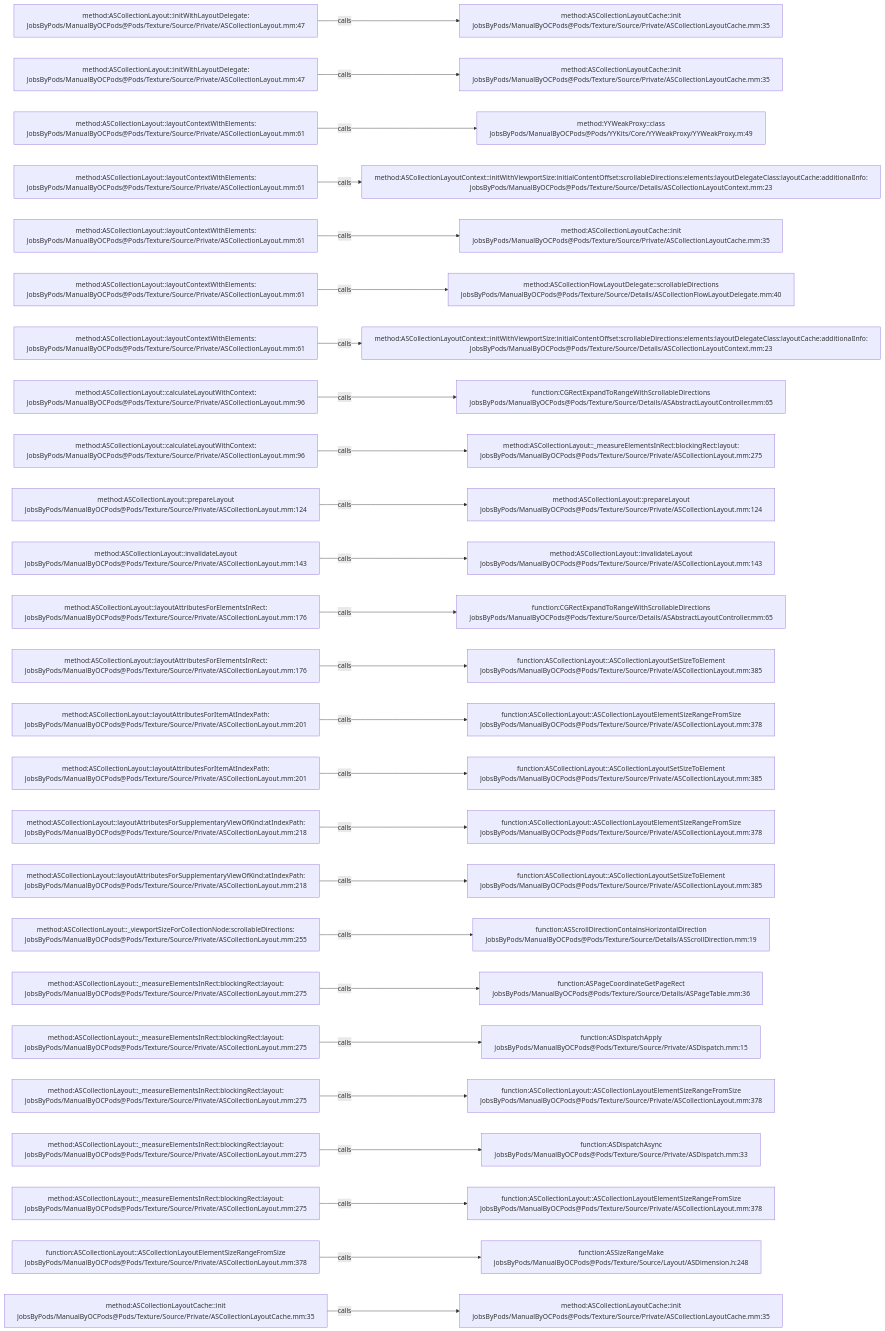
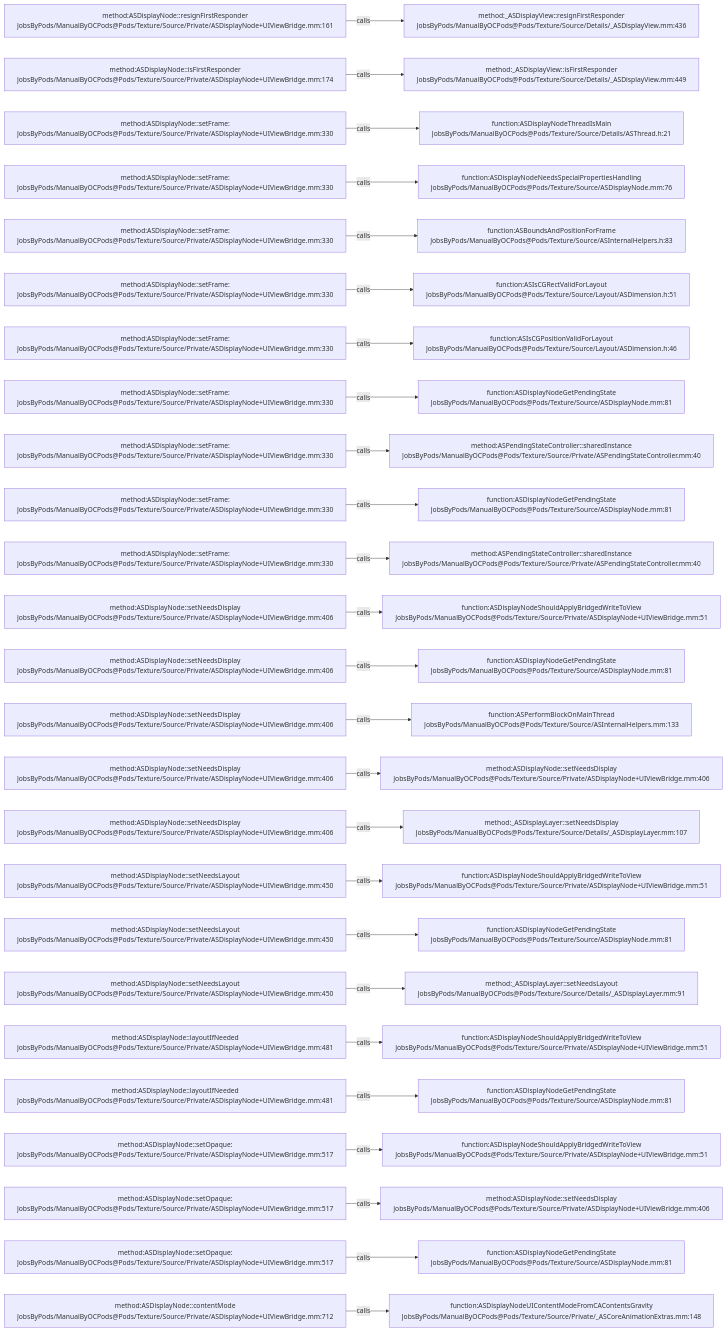
Before and after one commit to JobsKits/JobsOCBaseConfigDemo: the diagram in .codegraph/codegraph.md/graphs/calls-186.md, drawn with Mermaid. The commit also changed 1353 other files, not shown here.

````diff
--- a/.codegraph/codegraph.md/graphs/calls-186.md
+++ b/.codegraph/codegraph.md/graphs/calls-186.md
@@ -13,78 +13,78 @@
 ```mermaid
 flowchart LR
-  S1["method:ASCollectionLayout::initWithLayoutDelegate:<br/>JobsByPods/ManualByOCPods@Pods/Texture/Source/Private/ASCollectionLayout.mm:47"]
-  T1["method:ASCollectionLayoutCache::init<br/>JobsByPods/ManualByOCPods@Pods/Texture/Source/Private/ASCollectionLayoutCache.mm:35"]
+  S1["method:ASDisplayNode::resignFirstResponder<br/>JobsByPods/ManualByOCPods@Pods/Texture/Source/Private/ASDisplayNode+UIViewBridge.mm:161"]
+  T1["method:_ASDisplayView::resignFirstResponder<br/>JobsByPods/ManualByOCPods@Pods/Texture/Source/Details/_ASDisplayView.mm:436"]
   S1 -->|calls| T1
-  S2["method:ASCollectionLayout::initWithLayoutDelegate:<br/>JobsByPods/ManualByOCPods@Pods/Texture/Source/Private/ASCollectionLayout.mm:47"]
-  T2["method:ASCollectionLayoutCache::init<br/>JobsByPods/ManualByOCPods@Pods/Texture/Source/Private/ASCollectionLayoutCache.mm:35"]
+  S2["method:ASDisplayNode::isFirstResponder<br/>JobsByPods/ManualByOCPods@Pods/Texture/Source/Private/ASDisplayNode+UIViewBridge.mm:174"]
+  T2["method:_ASDisplayView::isFirstResponder<br/>JobsByPods/ManualByOCPods@Pods/Texture/Source/Details/_ASDisplayView.mm:449"]
   S2 -->|calls| T2
-  S3["method:ASCollectionLayout::layoutContextWithElements:<br/>JobsByPods/ManualByOCPods@Pods/Texture/Source/Private/ASCollectionLayout.mm:61"]
-  T3["method:YYWeakProxy::class<br/>JobsByPods/ManualByOCPods@Pods/YYKits/Core/YYWeakProxy/YYWeakProxy.m:49"]
+  S3["method:ASDisplayNode::setFrame:<br/>JobsByPods/ManualByOCPods@Pods/Texture/Source/Private/ASDisplayNode+UIViewBridge.mm:330"]
+  T3["function:ASDisplayNodeThreadIsMain<br/>JobsByPods/ManualByOCPods@Pods/Texture/Source/Details/ASThread.h:21"]
   S3 -->|calls| T3
-  S4["method:ASCollectionLayout::layoutContextWithElements:<br/>JobsByPods/ManualByOCPods@Pods/Texture/Source/Private/ASCollectionLayout.mm:61"]
-  T4["method:ASCollectionLayoutContext::initWithViewportSize:initialContentOffset:scrollableDirections:elements:layoutDelegateClass:layoutCache:additionalInfo:<br/>JobsByPods/ManualByOCPods@Pods/Texture/Source/Details/ASCollectionLayoutContext.mm:23"]
+  S4["method:ASDisplayNode::setFrame:<br/>JobsByPods/ManualByOCPods@Pods/Texture/Source/Private/ASDisplayNode+UIViewBridge.mm:330"]
+  T4["function:ASDisplayNodeNeedsSpecialPropertiesHandling<br/>JobsByPods/ManualByOCPods@Pods/Texture/Source/ASDisplayNode.mm:76"]
   S4 -->|calls| T4
-  S5["method:ASCollectionLayout::layoutContextWithElements:<br/>JobsByPods/ManualByOCPods@Pods/Texture/Source/Private/ASCollectionLayout.mm:61"]
-  T5["method:ASCollectionLayoutCache::init<br/>JobsByPods/ManualByOCPods@Pods/Texture/Source/Private/ASCollectionLayoutCache.mm:35"]
+  S5["method:ASDisplayNode::setFrame:<br/>JobsByPods/ManualByOCPods@Pods/Texture/Source/Private/ASDisplayNode+UIViewBridge.mm:330"]
+  T5["function:ASBoundsAndPositionForFrame<br/>JobsByPods/ManualByOCPods@Pods/Texture/Source/ASInternalHelpers.h:83"]
   S5 -->|calls| T5
-  S6["method:ASCollectionLayout::layoutContextWithElements:<br/>JobsByPods/ManualByOCPods@Pods/Texture/Source/Private/ASCollectionLayout.mm:61"]
-  T6["method:ASCollectionFlowLayoutDelegate::scrollableDirections<br/>JobsByPods/ManualByOCPods@Pods/Texture/Source/Details/ASCollectionFlowLayoutDelegate.mm:40"]
+  S6["method:ASDisplayNode::setFrame:<br/>JobsByPods/ManualByOCPods@Pods/Texture/Source/Private/ASDisplayNode+UIViewBridge.mm:330"]
+  T6["function:ASIsCGRectValidForLayout<br/>JobsByPods/ManualByOCPods@Pods/Texture/Source/Layout/ASDimension.h:51"]
   S6 -->|calls| T6
-  S7["method:ASCollectionLayout::layoutContextWithElements:<br/>JobsByPods/ManualByOCPods@Pods/Texture/Source/Private/ASCollectionLayout.mm:61"]
-  T7["method:ASCollectionLayoutContext::initWithViewportSize:initialContentOffset:scrollableDirections:elements:layoutDelegateClass:layoutCache:additionalInfo:<br/>JobsByPods/ManualByOCPods@Pods/Texture/Source/Details/ASCollectionLayoutContext.mm:23"]
+  S7["method:ASDisplayNode::setFrame:<br/>JobsByPods/ManualByOCPods@Pods/Texture/Source/Private/ASDisplayNode+UIViewBridge.mm:330"]
+  T7["function:ASIsCGPositionValidForLayout<br/>JobsByPods/ManualByOCPods@Pods/Texture/Source/Layout/ASDimension.h:46"]
   S7 -->|calls| T7
-  S8["method:ASCollectionLayout::calculateLayoutWithContext:<br/>JobsByPods/ManualByOCPods@Pods/Texture/Source/Private/ASCollectionLayout.mm:96"]
-  T8["function:CGRectExpandToRangeWithScrollableDirections<br/>JobsByPods/ManualByOCPods@Pods/Texture/Source/Details/ASAbstractLayoutController.mm:65"]
+  S8["method:ASDisplayNode::setFrame:<br/>JobsByPods/ManualByOCPods@Pods/Texture/Source/Private/ASDisplayNode+UIViewBridge.mm:330"]
+  T8["function:ASDisplayNodeGetPendingState<br/>JobsByPods/ManualByOCPods@Pods/Texture/Source/ASDisplayNode.mm:81"]
   S8 -->|calls| T8
-  S9["method:ASCollectionLayout::calculateLayoutWithContext:<br/>JobsByPods/ManualByOCPods@Pods/Texture/Source/Private/ASCollectionLayout.mm:96"]
-  T9["method:ASCollectionLayout::_measureElementsInRect:blockingRect:layout:<br/>JobsByPods/ManualByOCPods@Pods/Texture/Source/Private/ASCollectionLayout.mm:275"]
+  S9["method:ASDisplayNode::setFrame:<br/>JobsByPods/ManualByOCPods@Pods/Texture/Source/Private/ASDisplayNode+UIViewBridge.mm:330"]
+  T9["method:ASPendingStateController::sharedInstance<br/>JobsByPods/ManualByOCPods@Pods/Texture/Source/Private/ASPendingStateController.mm:40"]
   S9 -->|calls| T9
-  S10["method:ASCollectionLayout::prepareLayout<br/>JobsByPods/ManualByOCPods@Pods/Texture/Source/Private/ASCollectionLayout.mm:124"]
-  T10["method:ASCollectionLayout::prepareLayout<br/>JobsByPods/ManualByOCPods@Pods/Texture/Source/Private/ASCollectionLayout.mm:124"]
+  S10["method:ASDisplayNode::setFrame:<br/>JobsByPods/ManualByOCPods@Pods/Texture/Source/Private/ASDisplayNode+UIViewBridge.mm:330"]
+  T10["function:ASDisplayNodeGetPendingState<br/>JobsByPods/ManualByOCPods@Pods/Texture/Source/ASDisplayNode.mm:81"]
   S10 -->|calls| T10
-  S11["method:ASCollectionLayout::invalidateLayout<br/>JobsByPods/ManualByOCPods@Pods/Texture/Source/Private/ASCollectionLayout.mm:143"]
-  T11["method:ASCollectionLayout::invalidateLayout<br/>JobsByPods/ManualByOCPods@Pods/Texture/Source/Private/ASCollectionLayout.mm:143"]
+  S11["method:ASDisplayNode::setFrame:<br/>JobsByPods/ManualByOCPods@Pods/Texture/Source/Private/ASDisplayNode+UIViewBridge.mm:330"]
+  T11["method:ASPendingStateController::sharedInstance<br/>JobsByPods/ManualByOCPods@Pods/Texture/Source/Private/ASPendingStateController.mm:40"]
   S11 -->|calls| T11
-  S12["method:ASCollectionLayout::layoutAttributesForElementsInRect:<br/>JobsByPods/ManualByOCPods@Pods/Texture/Source/Private/ASCollectionLayout.mm:176"]
-  T12["function:CGRectExpandToRangeWithScrollableDirections<br/>JobsByPods/ManualByOCPods@Pods/Texture/Source/Details/ASAbstractLayoutController.mm:65"]
+  S12["method:ASDisplayNode::setNeedsDisplay<br/>JobsByPods/ManualByOCPods@Pods/Texture/Source/Private/ASDisplayNode+UIViewBridge.mm:406"]
+  T12["function:ASDisplayNodeShouldApplyBridgedWriteToView<br/>JobsByPods/ManualByOCPods@Pods/Texture/Source/Private/ASDisplayNode+UIViewBridge.mm:51"]
   S12 -->|calls| T12
-  S13["method:ASCollectionLayout::layoutAttributesForElementsInRect:<br/>JobsByPods/ManualByOCPods@Pods/Texture/Source/Private/ASCollectionLayout.mm:176"]
-  T13["function:ASCollectionLayout::ASCollectionLayoutSetSizeToElement<br/>JobsByPods/ManualByOCPods@Pods/Texture/Source/Private/ASCollectionLayout.mm:385"]
+  S13["method:ASDisplayNode::setNeedsDisplay<br/>JobsByPods/ManualByOCPods@Pods/Texture/Source/Private/ASDisplayNode+UIViewBridge.mm:406"]
+  T13["function:ASDisplayNodeGetPendingState<br/>JobsByPods/ManualByOCPods@Pods/Texture/Source/ASDisplayNode.mm:81"]
   S13 -->|calls| T13
-  S14["method:ASCollectionLayout::layoutAttributesForItemAtIndexPath:<br/>JobsByPods/ManualByOCPods@Pods/Texture/Source/Private/ASCollectionLayout.mm:201"]
-  T14["function:ASCollectionLayout::ASCollectionLayoutElementSizeRangeFromSize<br/>JobsByPods/ManualByOCPods@Pods/Texture/Source/Private/ASCollectionLayout.mm:378"]
+  S14["method:ASDisplayNode::setNeedsDisplay<br/>JobsByPods/ManualByOCPods@Pods/Texture/Source/Private/ASDisplayNode+UIViewBridge.mm:406"]
+  T14["function:ASPerformBlockOnMainThread<br/>JobsByPods/ManualByOCPods@Pods/Texture/Source/ASInternalHelpers.mm:133"]
   S14 -->|calls| T14
-  S15["method:ASCollectionLayout::layoutAttributesForItemAtIndexPath:<br/>JobsByPods/ManualByOCPods@Pods/Texture/Source/Private/ASCollectionLayout.mm:201"]
-  T15["function:ASCollectionLayout::ASCollectionLayoutSetSizeToElement<br/>JobsByPods/ManualByOCPods@Pods/Texture/Source/Private/ASCollectionLayout.mm:385"]
+  S15["method:ASDisplayNode::setNeedsDisplay<br/>JobsByPods/ManualByOCPods@Pods/Texture/Source/Private/ASDisplayNode+UIViewBridge.mm:406"]
+  T15["method:ASDisplayNode::setNeedsDisplay<br/>JobsByPods/ManualByOCPods@Pods/Texture/Source/Private/ASDisplayNode+UIViewBridge.mm:406"]
   S15 -->|calls| T15
-  S16["method:ASCollectionLayout::layoutAttributesForSupplementaryViewOfKind:atIndexPath:<br/>JobsByPods/ManualByOCPods@Pods/Texture/Source/Private/ASCollectionLayout.mm:218"]
-  T16["function:ASCollectionLayout::ASCollectionLayoutElementSizeRangeFromSize<br/>JobsByPods/ManualByOCPods@Pods/Texture/Source/Private/ASCollectionLayout.mm:378"]
+  S16["method:ASDisplayNode::setNeedsDisplay<br/>JobsByPods/ManualByOCPods@Pods/Texture/Source/Private/ASDisplayNode+UIViewBridge.mm:406"]
+  T16["method:_ASDisplayLayer::setNeedsDisplay<br/>JobsByPods/ManualByOCPods@Pods/Texture/Source/Details/_ASDisplayLayer.mm:107"]
   S16 -->|calls| T16
-  S17["method:ASCollectionLayout::layoutAttributesForSupplementaryViewOfKind:atIndexPath:<br/>JobsByPods/ManualByOCPods@Pods/Texture/Source/Private/ASCollectionLayout.mm:218"]
-  T17["function:ASCollectionLayout::ASCollectionLayoutSetSizeToElement<br/>JobsByPods/ManualByOCPods@Pods/Texture/Source/Private/ASCollectionLayout.mm:385"]
+  S17["method:ASDisplayNode::setNeedsLayout<br/>JobsByPods/ManualByOCPods@Pods/Texture/Source/Private/ASDisplayNode+UIViewBridge.mm:450"]
+  T17["function:ASDisplayNodeShouldApplyBridgedWriteToView<br/>JobsByPods/ManualByOCPods@Pods/Texture/Source/Private/ASDisplayNode+UIViewBridge.mm:51"]
   S17 -->|calls| T17
-  S18["method:ASCollectionLayout::_viewportSizeForCollectionNode:scrollableDirections:<br/>JobsByPods/ManualByOCPods@Pods/Texture/Source/Private/ASCollectionLayout.mm:255"]
-  T18["function:ASScrollDirectionContainsHorizontalDirection<br/>JobsByPods/ManualByOCPods@Pods/Texture/Source/Details/ASScrollDirection.mm:19"]
+  S18["method:ASDisplayNode::setNeedsLayout<br/>JobsByPods/ManualByOCPods@Pods/Texture/Source/Private/ASDisplayNode+UIViewBridge.mm:450"]
+  T18["function:ASDisplayNodeGetPendingState<br/>JobsByPods/ManualByOCPods@Pods/Texture/Source/ASDisplayNode.mm:81"]
   S18 -->|calls| T18
-  S19["method:ASCollectionLayout::_measureElementsInRect:blockingRect:layout:<br/>JobsByPods/ManualByOCPods@Pods/Texture/Source/Private/ASCollectionLayout.mm:275"]
-  T19["function:ASPageCoordinateGetPageRect<br/>JobsByPods/ManualByOCPods@Pods/Texture/Source/Details/ASPageTable.mm:36"]
+  S19["method:ASDisplayNode::setNeedsLayout<br/>JobsByPods/ManualByOCPods@Pods/Texture/Source/Private/ASDisplayNode+UIViewBridge.mm:450"]
+  T19["method:_ASDisplayLayer::setNeedsLayout<br/>JobsByPods/ManualByOCPods@Pods/Texture/Source/Details/_ASDisplayLayer.mm:91"]
   S19 -->|calls| T19
-  S20["method:ASCollectionLayout::_measureElementsInRect:blockingRect:layout:<br/>JobsByPods/ManualByOCPods@Pods/Texture/Source/Private/ASCollectionLayout.mm:275"]
-  T20["function:ASDispatchApply<br/>JobsByPods/ManualByOCPods@Pods/Texture/Source/Private/ASDispatch.mm:15"]
+  S20["method:ASDisplayNode::layoutIfNeeded<br/>JobsByPods/ManualByOCPods@Pods/Texture/Source/Private/ASDisplayNode+UIViewBridge.mm:481"]
+  T20["function:ASDisplayNodeShouldApplyBridgedWriteToView<br/>JobsByPods/ManualByOCPods@Pods/Texture/Source/Private/ASDisplayNode+UIViewBridge.mm:51"]
   S20 -->|calls| T20
-  S21["method:ASCollectionLayout::_measureElementsInRect:blockingRect:layout:<br/>JobsByPods/ManualByOCPods@Pods/Texture/Source/Private/ASCollectionLayout.mm:275"]
-  T21["function:ASCollectionLayout::ASCollectionLayoutElementSizeRangeFromSize<br/>JobsByPods/ManualByOCPods@Pods/Texture/Source/Private/ASCollectionLayout.mm:378"]
+  S21["method:ASDisplayNode::layoutIfNeeded<br/>JobsByPods/ManualByOCPods@Pods/Texture/Source/Private/ASDisplayNode+UIViewBridge.mm:481"]
+  T21["function:ASDisplayNodeGetPendingState<br/>JobsByPods/ManualByOCPods@Pods/Texture/Source/ASDisplayNode.mm:81"]
   S21 -->|calls| T21
-  S22["method:ASCollectionLayout::_measureElementsInRect:blockingRect:layout:<br/>JobsByPods/ManualByOCPods@Pods/Texture/Source/Private/ASCollectionLayout.mm:275"]
-  T22["function:ASDispatchAsync<br/>JobsByPods/ManualByOCPods@Pods/Texture/Source/Private/ASDispatch.mm:33"]
+  S22["method:ASDisplayNode::setOpaque:<br/>JobsByPods/ManualByOCPods@Pods/Texture/Source/Private/ASDisplayNode+UIViewBridge.mm:517"]
+  T22["function:ASDisplayNodeShouldApplyBridgedWriteToView<br/>JobsByPods/ManualByOCPods@Pods/Texture/Source/Private/ASDisplayNode+UIViewBridge.mm:51"]
   S22 -->|calls| T22
-  S23["method:ASCollectionLayout::_measureElementsInRect:blockingRect:layout:<br/>JobsByPods/ManualByOCPods@Pods/Texture/Source/Private/ASCollectionLayout.mm:275"]
-  T23["function:ASCollectionLayout::ASCollectionLayoutElementSizeRangeFromSize<br/>JobsByPods/ManualByOCPods@Pods/Texture/Source/Private/ASCollectionLayout.mm:378"]
+  S23["method:ASDisplayNode::setOpaque:<br/>JobsByPods/ManualByOCPods@Pods/Texture/Source/Private/ASDisplayNode+UIViewBridge.mm:517"]
+  T23["method:ASDisplayNode::setNeedsDisplay<br/>JobsByPods/ManualByOCPods@Pods/Texture/Source/Private/ASDisplayNode+UIViewBridge.mm:406"]
   S23 -->|calls| T23
-  S24["function:ASCollectionLayout::ASCollectionLayoutElementSizeRangeFromSize<br/>JobsByPods/ManualByOCPods@Pods/Texture/Source/Private/ASCollectionLayout.mm:378"]
-  T24["function:ASSizeRangeMake<br/>JobsByPods/ManualByOCPods@Pods/Texture/Source/Layout/ASDimension.h:248"]
+  S24["method:ASDisplayNode::setOpaque:<br/>JobsByPods/ManualByOCPods@Pods/Texture/Source/Private/ASDisplayNode+UIViewBridge.mm:517"]
+  T24["function:ASDisplayNodeGetPendingState<br/>JobsByPods/ManualByOCPods@Pods/Texture/Source/ASDisplayNode.mm:81"]
   S24 -->|calls| T24
-  S25["method:ASCollectionLayoutCache::init<br/>JobsByPods/ManualByOCPods@Pods/Texture/Source/Private/ASCollectionLayoutCache.mm:35"]
-  T25["method:ASCollectionLayoutCache::init<br/>JobsByPods/ManualByOCPods@Pods/Texture/Source/Private/ASCollectionLayoutCache.mm:35"]
+  S25["method:ASDisplayNode::contentMode<br/>JobsByPods/ManualByOCPods@Pods/Texture/Source/Private/ASDisplayNode+UIViewBridge.mm:712"]
+  T25["function:ASDisplayNodeUIContentModeFromCAContentsGravity<br/>JobsByPods/ManualByOCPods@Pods/Texture/Source/Private/_ASCoreAnimationExtras.mm:148"]
   S25 -->|calls| T25
 ```
````
